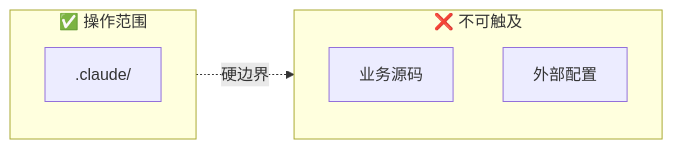
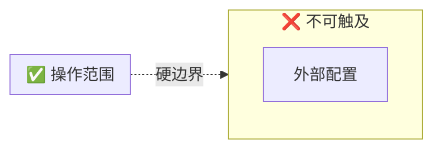
One commit to effiy/YrY changed the second of 8 diagrams in skills/rui-claude/SKILL.md. Above: the diagram before and after it, drawn with Mermaid. The commit also changed other lines of this file and 42 other files, not shown here.

First line of the commit message:
feat: apply Mermaid authoring rules (M1-M12) across entire codebase

````diff
--- a/skills/rui-claude/SKILL.md
+++ b/skills/rui-claude/SKILL.md
@@ -50,12 +59,13 @@
 ```mermaid
 flowchart LR
     subgraph 允许["✅ 操作范围"]
-        IN[".claude/"]:::ok
+        direction TB
     end
     subgraph 禁止["❌ 不可触及"]
-        OUT1["业务源码"]:::block
+        direction TB
         OUT2["外部配置"]:::block
     end
     允许 -.->|"硬边界"| 禁止
 
+
 ```
````
